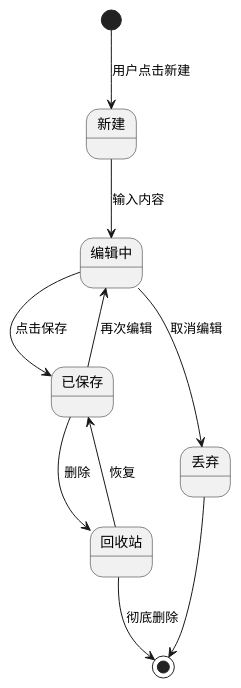
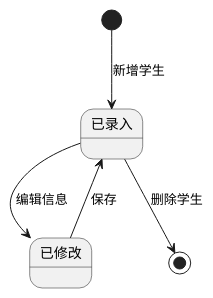
The diagram in docs/diagrams/state.puml (otreeevol/project), drawn with PlantUML before and after one commit. The commit also changed 221 other files, not shown here.

```diff
--- a/docs/diagrams/state.puml
+++ b/docs/diagrams/state.puml
@@ -1,18 +1,10 @@
 @startuml
-' 小米便签 —— 状态图：便签对象状态转移
-state "新建" as new
-state "编辑中" as editing
-state "已保存" as saved
-state "回收站" as trash
-state "丢弃" as discarded
+' 学生信息管理系统 —— 状态图：学生对象状态转移
+state "已录入" as created
+state "已修改" as modified
 
-[*] --> new : 用户点击新建
-new --> editing : 输入内容
-editing --> saved : 点击保存
-editing --> discarded : 取消编辑
-saved --> editing : 再次编辑
-saved --> trash : 删除
-trash --> saved : 恢复
-trash --> [*] : 彻底删除
-discarded --> [*]
+[*] --> created : 新增学生
+created --> modified : 编辑信息
+modified --> created : 保存
+created --> [*] : 删除学生
 @enduml
```
